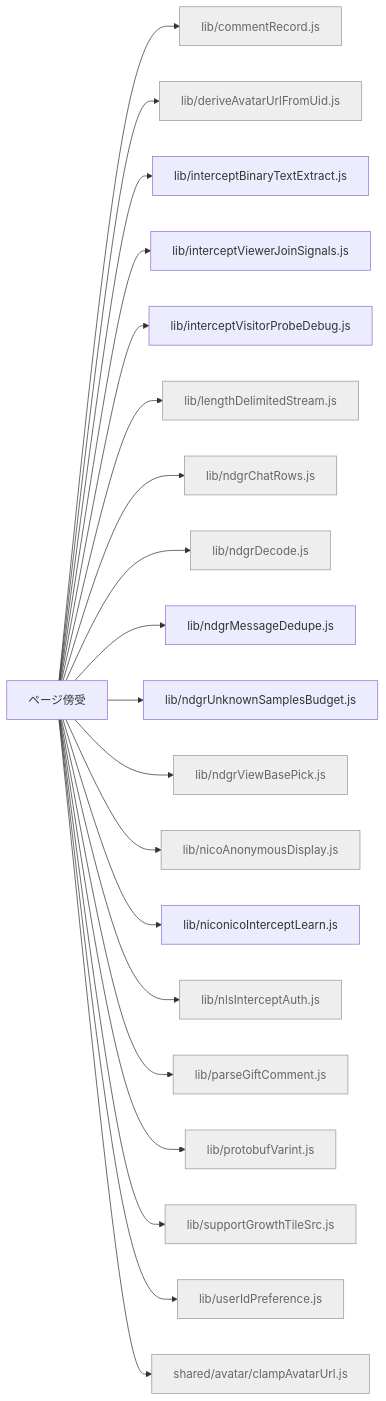
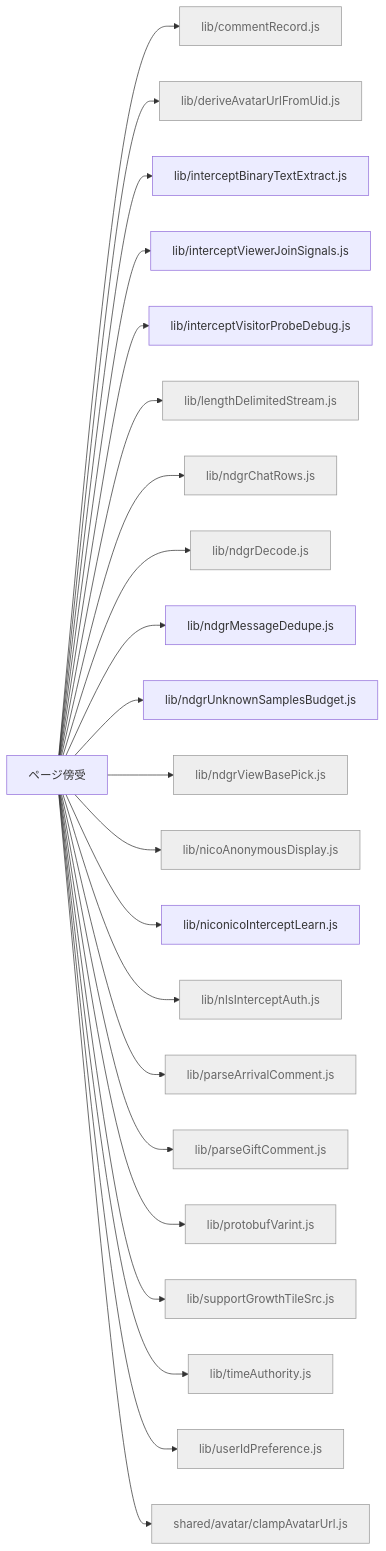
One commit to kimito-link/tsuioku-no-kirameki.com changed the diagram in docs/feature-map/page-intercept.md. Above: the diagram before and after it, drawn with Mermaid. The commit also changed 53 other files, not shown here.

````diff
--- a/docs/feature-map/page-intercept.md
+++ b/docs/feature-map/page-intercept.md
@@ -13,24 +13,26 @@
 ```mermaid
 graph LR
   n_page_intercept["ページ傍受"]
   n_page_intercept --> n_src_lib_commentRecord_js["lib/commentRecord.js"]:::shared
   n_page_intercept --> n_src_lib_deriveAvatarUrlFromUid_js["lib/deriveAvatarUrlFromUid.js"]:::shared
   n_page_intercept --> n_src_lib_interceptBinaryTextExtract_js["lib/interceptBinaryTextExtract.js"]
   n_page_intercept --> n_src_lib_interceptViewerJoinSignals_js["lib/interceptViewerJoinSignals.js"]
   n_page_intercept --> n_src_lib_interceptVisitorProbeDebug_js["lib/interceptVisitorProbeDebug.js"]
   n_page_intercept --> n_src_lib_lengthDelimitedStream_js["lib/lengthDelimitedStream.js"]:::shared
   n_page_intercept --> n_src_lib_ndgrChatRows_js["lib/ndgrChatRows.js"]:::shared
   n_page_intercept --> n_src_lib_ndgrDecode_js["lib/ndgrDecode.js"]:::shared
   n_page_intercept --> n_src_lib_ndgrMessageDedupe_js["lib/ndgrMessageDedupe.js"]
   n_page_intercept --> n_src_lib_ndgrUnknownSamplesBudget_js["lib/ndgrUnknownSamplesBudget.js"]
   n_page_intercept --> n_src_lib_ndgrViewBasePick_js["lib/ndgrViewBasePick.js"]:::shared
   n_page_intercept --> n_src_lib_nicoAnonymousDisplay_js["lib/nicoAnonymousDisplay.js"]:::shared
   n_page_intercept --> n_src_lib_niconicoInterceptLearn_js["lib/niconicoInterceptLearn.js"]
   n_page_intercept --> n_src_lib_nlsInterceptAuth_js["lib/nlsInterceptAuth.js"]:::shared
+  n_page_intercept --> n_src_lib_parseArrivalComment_js["lib/parseArrivalComment.js"]:::shared
   n_page_intercept --> n_src_lib_parseGiftComment_js["lib/parseGiftComment.js"]:::shared
   n_page_intercept --> n_src_lib_protobufVarint_js["lib/protobufVarint.js"]:::shared
   n_page_intercept --> n_src_lib_supportGrowthTileSrc_js["lib/supportGrowthTileSrc.js"]:::shared
+  n_page_intercept --> n_src_lib_timeAuthority_js["lib/timeAuthority.js"]:::shared
   n_page_intercept --> n_src_lib_userIdPreference_js["lib/userIdPreference.js"]:::shared
   n_page_intercept --> n_src_shared_avatar_clampAvatarUrl_js["shared/avatar/clampAvatarUrl.js"]:::shared
   classDef shared fill:#eee,stroke:#999,color:#666;
 ```
````
